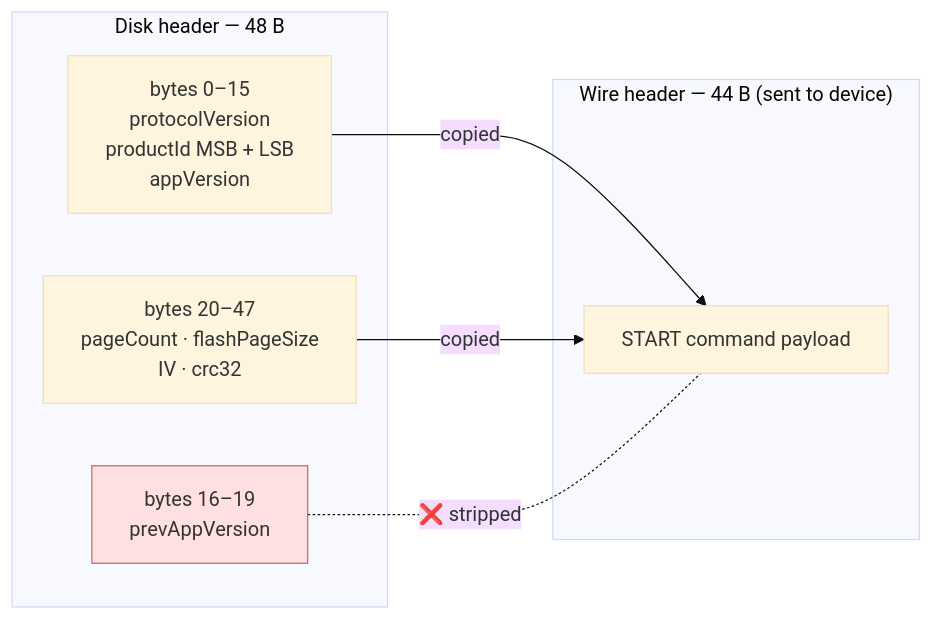
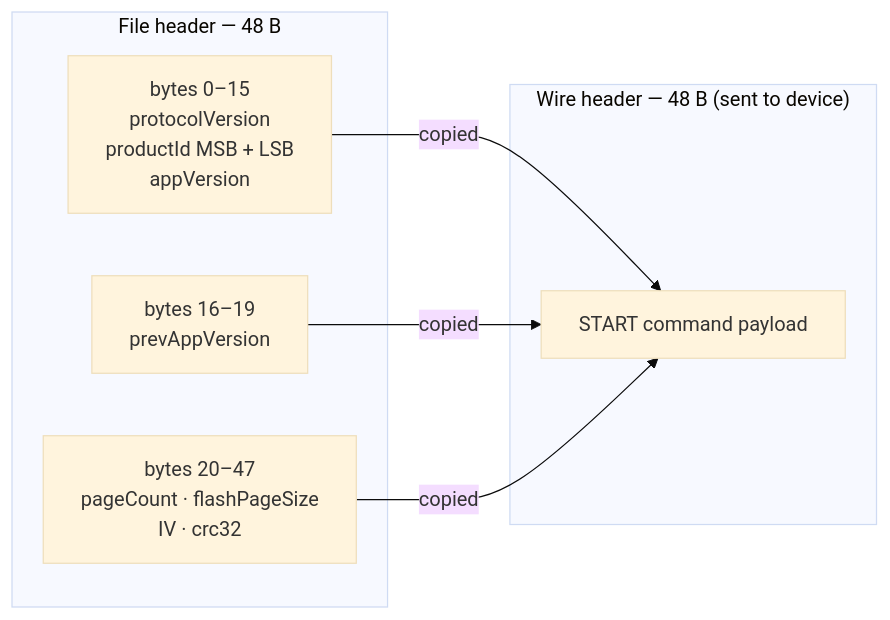
The second of 3 diagrams in docs/FIRMWARE_FORMAT.md (niwciu/SecureLoader), drawn with Mermaid (base theme) before and after one commit. The commit also changed other lines of this file and 5 other files, not shown here.

First line of the commit message:
fix: transmit full 48-byte wire header in CMD_START (prevAppVersion was stripped)

````diff
--- a/docs/FIRMWARE_FORMAT.md
+++ b/docs/FIRMWARE_FORMAT.md
@@ -157,16 +157,14 @@
 ```mermaid
 flowchart LR
-    subgraph disk["Disk header — 48 B"]
+    subgraph disk["File header — 48 B"]
         A["bytes 0–15<br/>protocolVersion<br/>productId MSB + LSB<br/>appVersion"]
         B["bytes 16–19<br/>prevAppVersion"]
         C["bytes 20–47<br/>pageCount · flashPageSize<br/>IV · crc32"]
     end
-    subgraph wire["Wire header — 44 B  (sent to device)"]
+    subgraph wire["Wire header — 48 B  (sent to device)"]
         W["START command payload"]
     end
     A -- "copied" --> W
+    B -- "copied" --> W
     C -- "copied" --> W
-    B -. "❌ stripped" .- W
-
-    style B fill:#ffe0e0,stroke:#cc6666
 ```
````
